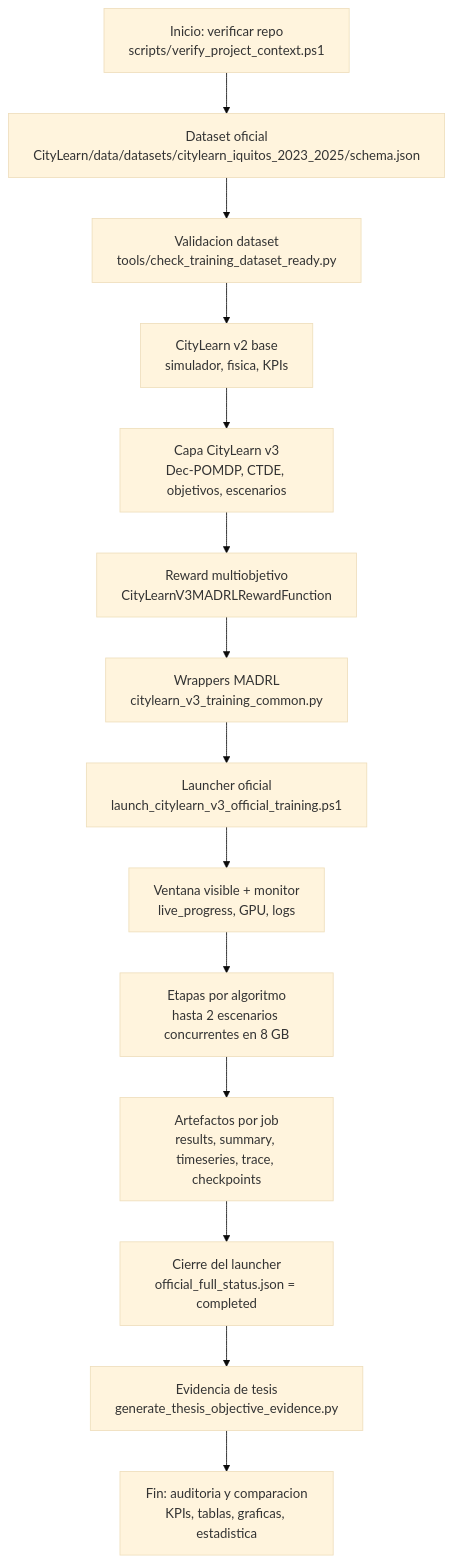
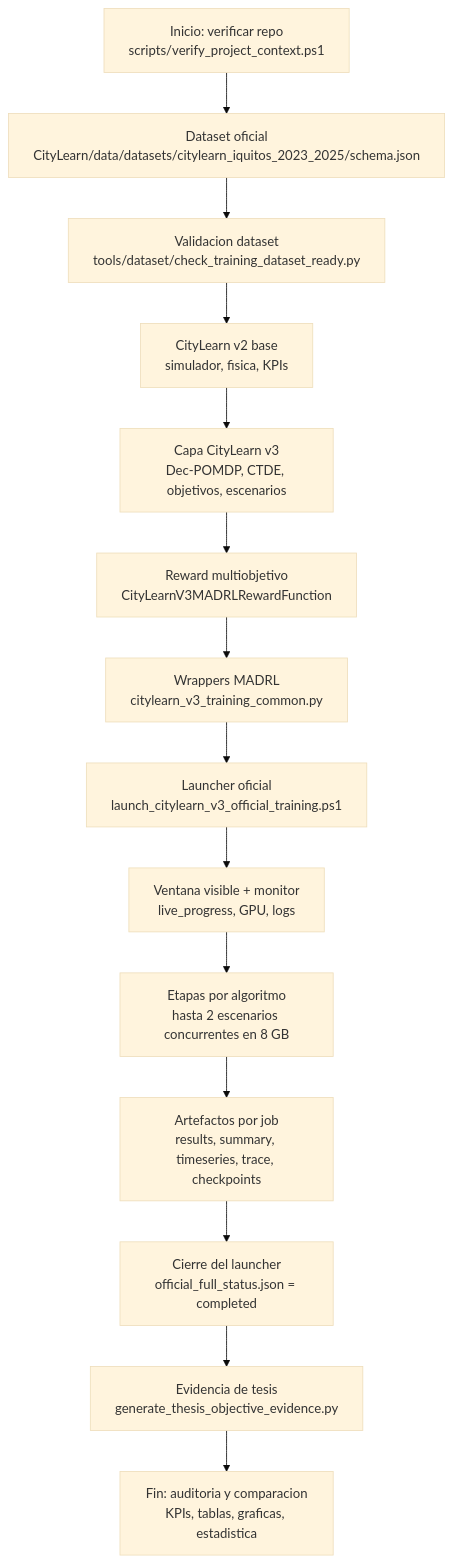
The diagram in docs/architecture/ARQUITECTURA_OPERATIVA_ENTRENAMIENTO_VISIBLE_CITYLEARN_V3_MADRL.md (Mac-Tapia/MADRLCitytleranflexresdr), drawn with Mermaid (base theme) before and after one commit. The commit also changed other lines of this file and 1699 other files, not shown here.

````diff
--- a/docs/architecture/ARQUITECTURA_OPERATIVA_ENTRENAMIENTO_VISIBLE_CITYLEARN_V3_MADRL.md
+++ b/docs/architecture/ARQUITECTURA_OPERATIVA_ENTRENAMIENTO_VISIBLE_CITYLEARN_V3_MADRL.md
@@ -26,19 +26,19 @@
 ```mermaid
 flowchart TD
     A["Inicio: verificar repo<br/>scripts/verify_project_context.ps1"]
     B["Dataset oficial<br/>CityLearn/data/datasets/citylearn_iquitos_2023_2025/schema.json"]
-    C["Validacion dataset<br/>tools/check_training_dataset_ready.py"]
+    C["Validacion dataset<br/>tools/dataset/check_training_dataset_ready.py"]
     D["CityLearn v2 base<br/>simulador, fisica, KPIs"]
     E["Capa CityLearn v3<br/>Dec-POMDP, CTDE, objetivos, escenarios"]
     F["Reward multiobjetivo<br/>CityLearnV3MADRLRewardFunction"]
     G["Wrappers MADRL<br/>citylearn_v3_training_common.py"]
     H["Launcher oficial<br/>launch_citylearn_v3_official_training.ps1"]
     I["Ventana visible + monitor<br/>live_progress, GPU, logs"]
     J["Etapas por algoritmo<br/>hasta 2 escenarios concurrentes en 8 GB"]
     K["Artefactos por job<br/>results, summary, timeseries, trace, checkpoints"]
     L["Cierre del launcher<br/>official_full_status.json = completed"]
     M["Evidencia de tesis<br/>generate_thesis_objective_evidence.py"]
     N["Fin: auditoria y comparacion<br/>KPIs, tablas, graficas, estadistica"]
 
     A --> B --> C --> D --> E --> F --> G --> H --> I --> J --> K --> L --> M --> N
 ```
````
